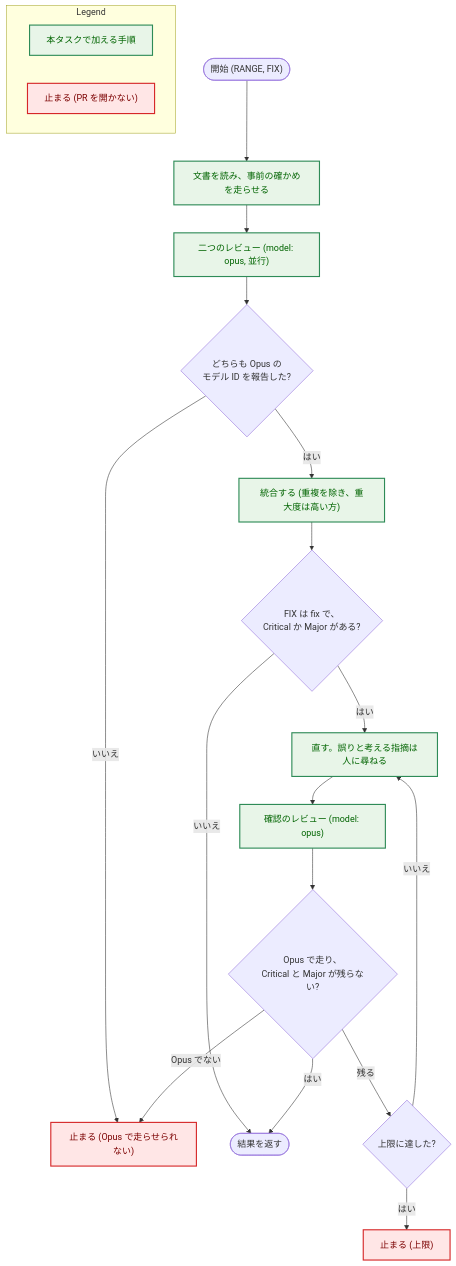
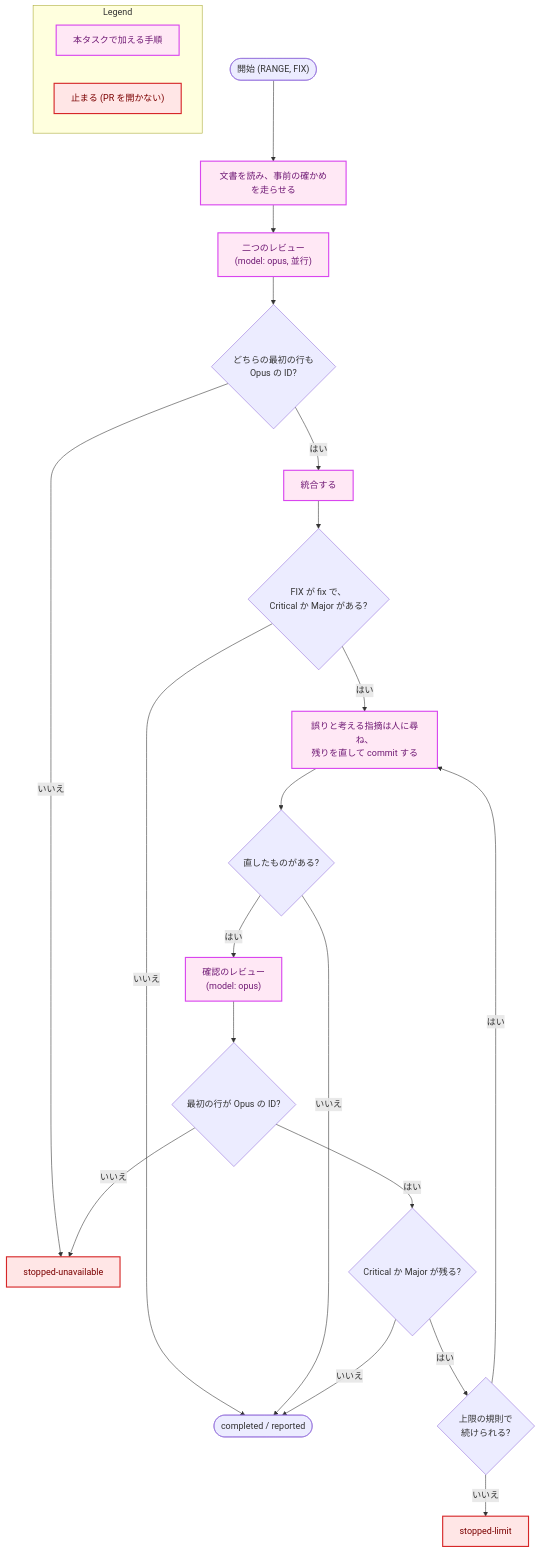
The fifth of 5 diagrams in docs/tasks/0081_implementation_model_choice/02_architecture.md (isseis/yt2column), drawn with Mermaid before and after one commit. The commit also changed other lines of this file and 1 other file, not shown here.

First line of the commit message:
docs(0081): address the architecture review and the Japanese prose pass

````diff
--- a/docs/tasks/0081_implementation_model_choice/02_architecture.md
+++ b/docs/tasks/0081_implementation_model_choice/02_architecture.md
@@ -510,31 +580,34 @@
 ```mermaid
 flowchart TD
-    classDef enhanced fill:#e8f5e8,stroke:#2e8b57,stroke-width:2px,color:#006400;
+    classDef newpkg fill:#ffe8f5,stroke:#d946ef,stroke-width:2px,color:#701a75;
     classDef problem fill:#ffe6e6,stroke:#d62728,stroke-width:2px,color:#7b0000;
 
     S(["開始 (RANGE, FIX)"]) --> Pre["文書を読み、事前の確かめを走らせる"]
-    Pre --> Panel["二つのレビュー (model: opus, 並行)"]
-    Panel --> Chk{"どちらも Opus の<br>モデル ID を報告した?"}
-    Chk -->|"いいえ"| Stop1["止まる (Opus で走らせられない)"]
-    Chk -->|"はい"| Syn["統合する (重複を除き、重大度は高い方)"]
-    Syn --> Fix{"FIX は fix で、<br>Critical か Major がある?"}
-    Fix -->|"いいえ"| Out(["結果を返す"])
-    Fix -->|"はい"| Ask["直す。誤りと考える指摘は人に尋ねる"]
-    Ask --> Verify["確認のレビュー (model: opus)"]
-    Verify --> Chk2{"Opus で走り、<br>Critical と Major が残らない?"}
-    Chk2 -->|"はい"| Out
-    Chk2 -->|"Opus でない"| Stop1
-    Chk2 -->|"残る"| Limit{"上限に達した?"}
-    Limit -->|"いいえ"| Ask
-    Limit -->|"はい"| Stop2["止まる (上限)"]
+    Pre --> Panel["二つのレビュー<br>(model: opus, 並行)"]
+    Panel --> Chk{"どちらの最初の行も<br>Opus の ID?"}
+    Chk -->|"いいえ"| Stop1["stopped-unavailable"]
+    Chk -->|"はい"| Syn["統合する"]
+    Syn --> Fix{"FIX が fix で、<br>Critical か Major がある?"}
+    Fix -->|"いいえ"| Out(["completed / reported"])
+    Fix -->|"はい"| Ask["誤りと考える指摘は人に尋ね、<br>残りを直して commit する"]
+    Ask --> Any{"直したものがある?"}
+    Any -->|"いいえ"| Out
+    Any -->|"はい"| Verify["確認のレビュー<br>(model: opus)"]
+    Verify --> Chk2{"最初の行が Opus の ID?"}
+    Chk2 -->|"いいえ"| Stop1
+    Chk2 -->|"はい"| Left{"Critical か Major が残る?"}
+    Left -->|"いいえ"| Out
+    Left -->|"はい"| Limit{"上限の規則で<br>続けられる?"}
+    Limit -->|"はい"| Ask
+    Limit -->|"いいえ"| Stop2["stopped-limit"]
 
-    class Pre,Panel,Syn,Ask,Verify enhanced
+    class Pre,Panel,Syn,Ask,Verify newpkg
     class Stop1,Stop2 problem
 
     subgraph Legend["Legend"]
         L1["本タスクで加える手順"]
         L2["止まる (PR を開かない)"]
     end
-    class L1 enhanced
+    class L1 newpkg
     class L2 problem
 ```
````
